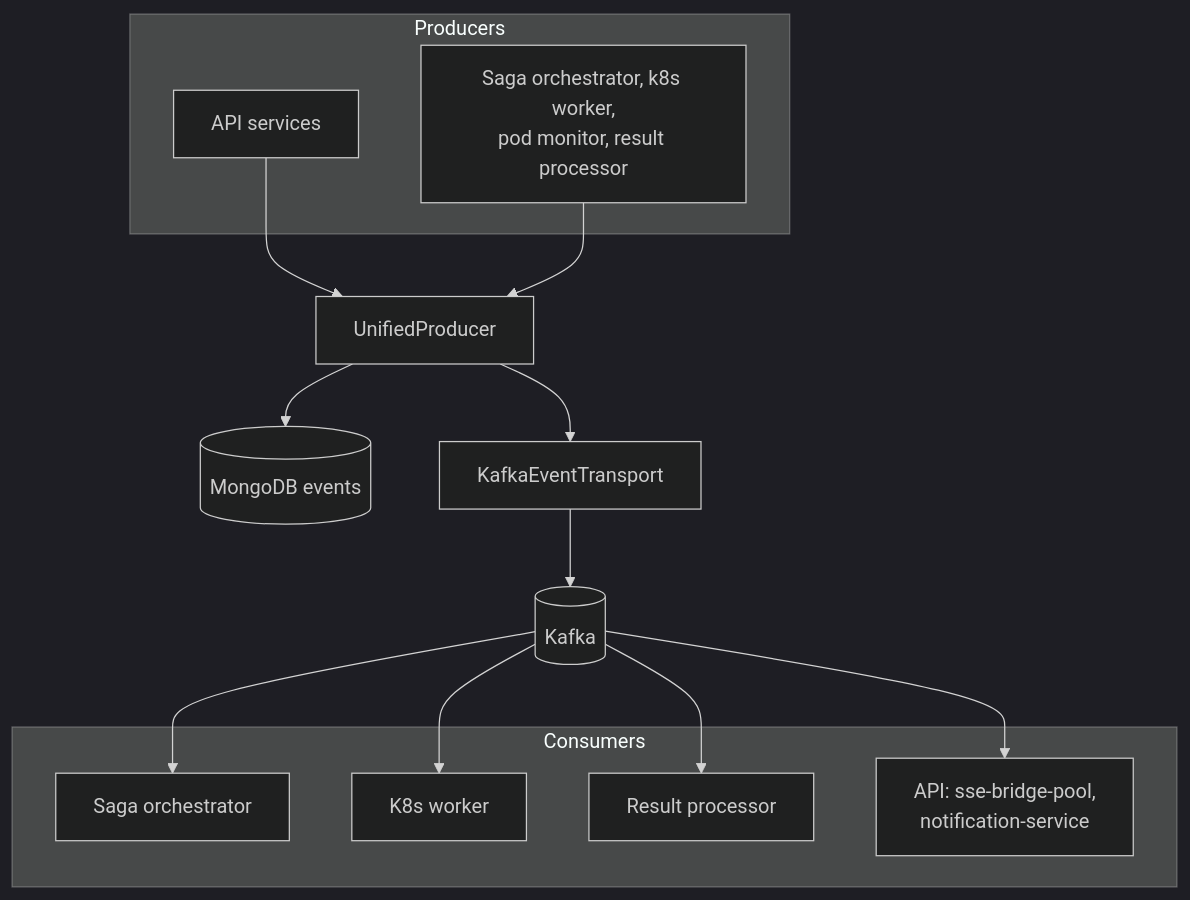
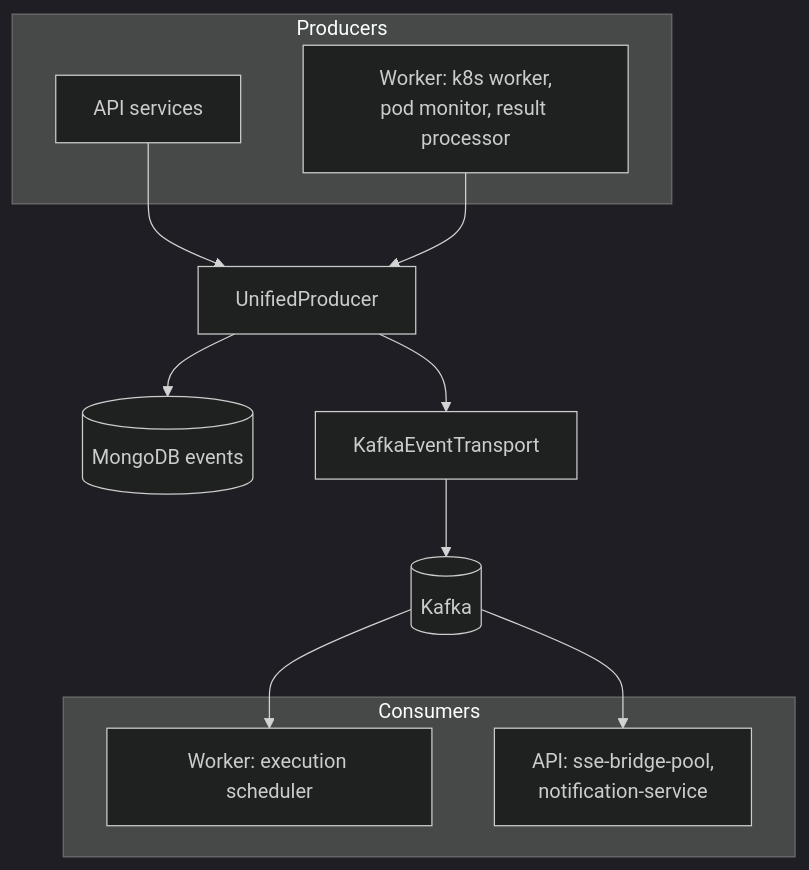
Before and after one commit to HardMax71/Integr8sCode: the third of 3 diagrams in docs/architecture/event-system-design.md, drawn with Mermaid (dark theme). The commit also changed other lines of this file and 119 other files, not shown here.

First line of the commit message:
refactor: the worker runs executions without a saga, and cancel stops the pod (#428)

````diff
--- a/docs/architecture/event-system-design.md
+++ b/docs/architecture/event-system-design.md
@@ -84,24 +84,20 @@
 ```mermaid
 graph TB
     subgraph Producers
         API[API services]
-        Workers[Saga orchestrator, k8s worker,<br/>pod monitor, result processor]
+        Workers[Worker: k8s worker,<br/>pod monitor, result processor]
     end
 
     API --> Producer[UnifiedProducer]
     Workers --> Producer
     Producer --> MongoDB[(MongoDB events)]
     Producer --> Transport[KafkaEventTransport] --> Kafka[(Kafka)]
 
     subgraph Consumers
-        Saga[Saga orchestrator]
-        K8s[K8s worker]
-        Result[Result processor]
+        Sched[Worker: execution scheduler]
         APIc["API: sse-bridge-pool,<br/>notification-service"]
     end
 
-    Kafka --> Saga
-    Kafka --> K8s
-    Kafka --> Result
+    Kafka --> Sched
     Kafka --> APIc
 ```
````
